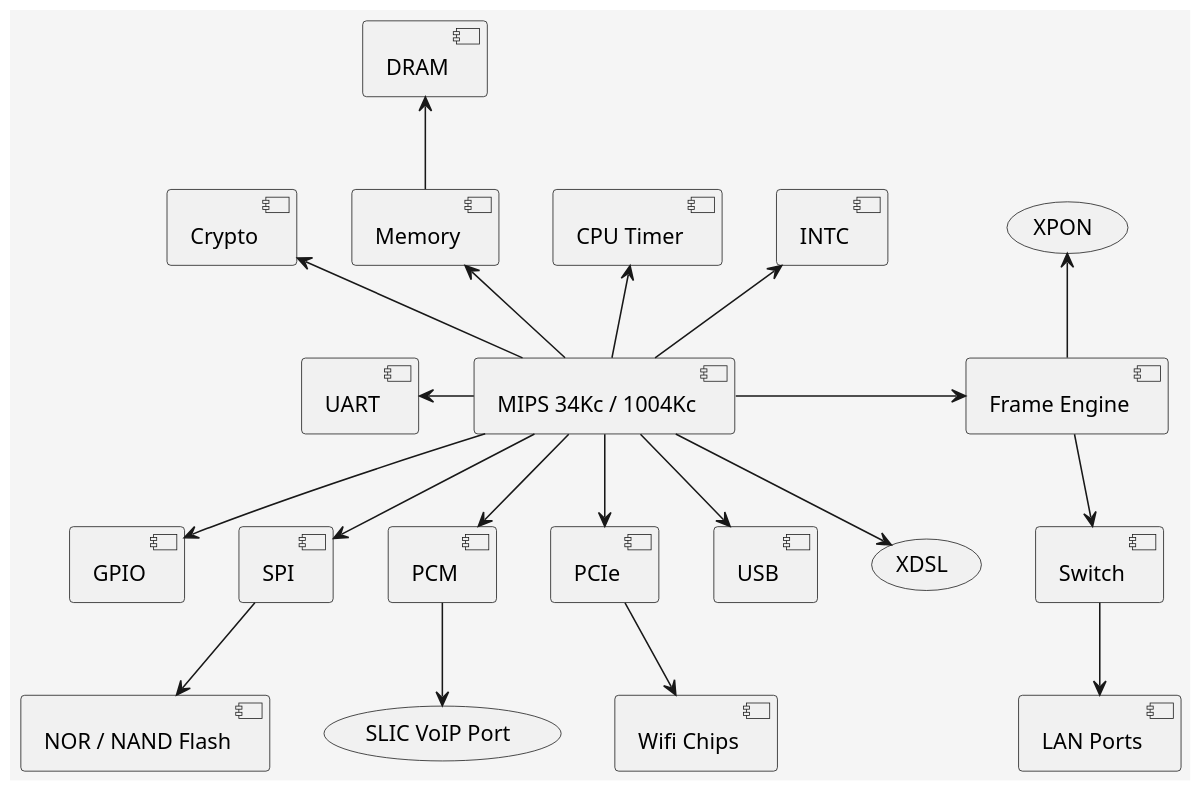
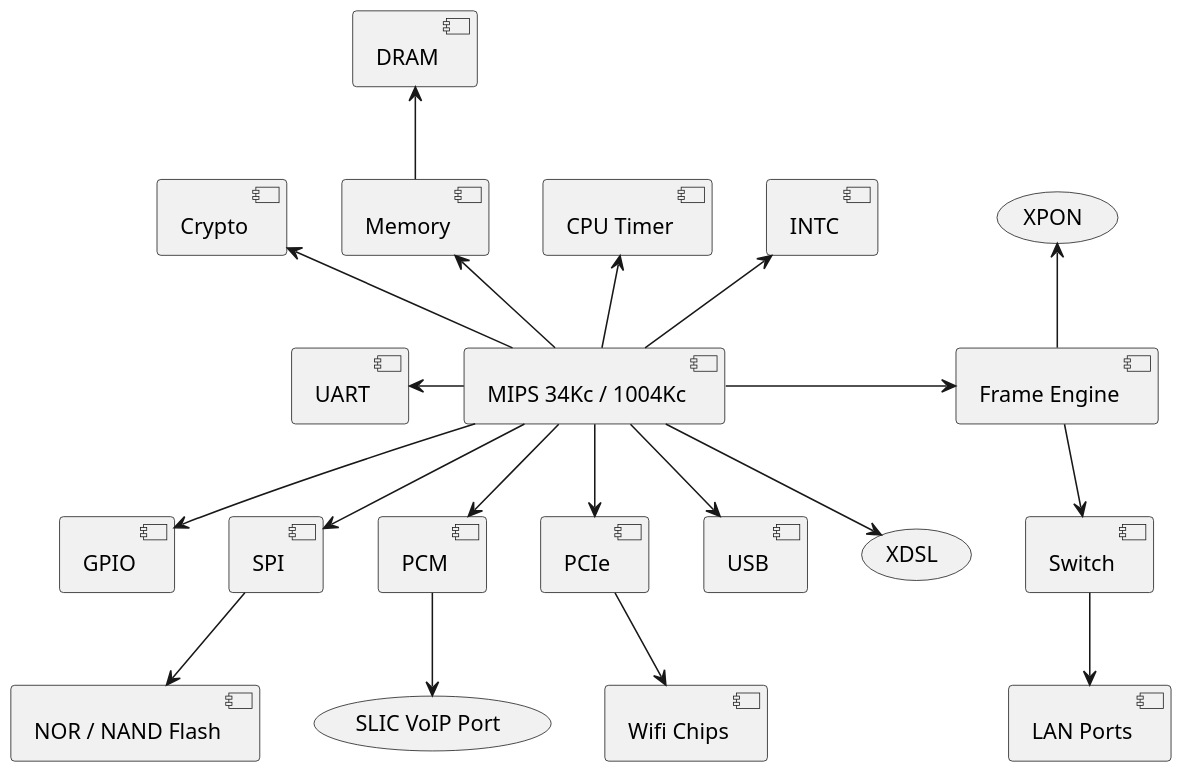
Before and after one commit to cjdelisle/econet-linux-wiki: the diagram in hardware.md, drawn with PlantUML. The commit also changed other lines of this file, not shown here.

Commit message:
docs: update hardware

````diff
--- a/hardware.md
+++ b/hardware.md
@@ -14,33 +14,31 @@
 ```plantuml
-skinparam backgroundColor #f5f5f5
-
 ' Internal stuff
 [MIPS 34Kc / 1004Kc] -up-> [INTC]
 [MIPS 34Kc / 1004Kc] -up-> [CPU Timer]
 [MIPS 34Kc / 1004Kc] -up-> [Memory]
 [Memory] -up-> [DRAM]
 [MIPS 34Kc / 1004Kc] -up-> [Crypto]
 
 [MIPS 34Kc / 1004Kc] -left-> [UART]
 
 ' Interfaces
 [MIPS 34Kc / 1004Kc] --> [GPIO]
 [MIPS 34Kc / 1004Kc] --> [SPI]
 [SPI] --> [NOR / NAND Flash]
 [MIPS 34Kc / 1004Kc] --> [PCM]
 [PCM] --> (SLIC VoIP Port)
 [MIPS 34Kc / 1004Kc] --> [PCIe]
 [PCIe] --> [Wifi Chips]
 [MIPS 34Kc / 1004Kc] --> [USB]
 [MIPS 34Kc / 1004Kc] --> (XDSL)
 
 ' Frame Engine stuff
 [MIPS 34Kc / 1004Kc] -right-> [Frame Engine]
 [Frame Engine] -up-> (XPON)
 [Frame Engine] --> [Switch]
 [Switch] --> [LAN Ports]
 
 ' Optional: Adjust layout for clarity
 skinparam monochrome true
 skinparam dpi 150
 ```
````
